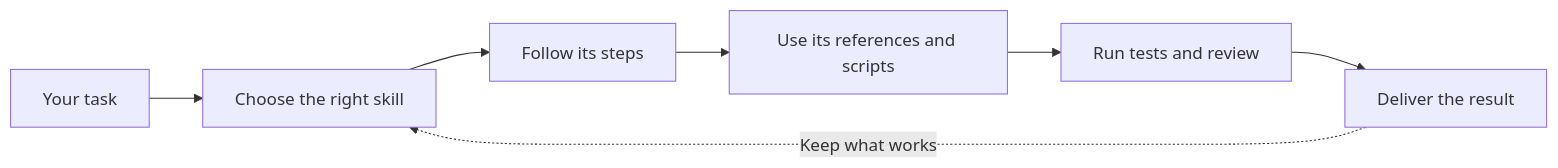
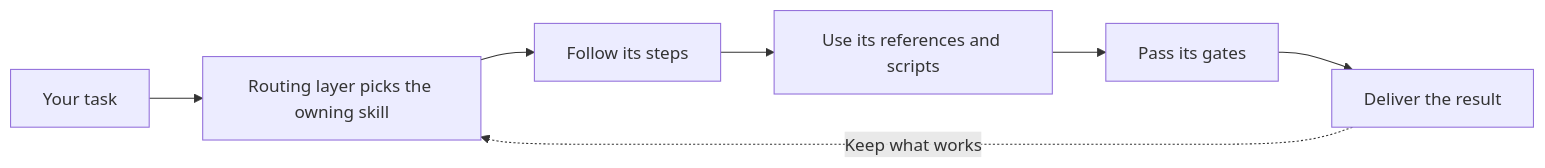
Before and after one commit to ccoalm/ccl-skills: the diagram in README.md, drawn with Mermaid. The commit also changed other lines of this file and 1 other file, not shown here.

````diff
--- a/README.md
+++ b/README.md
@@ -7,9 +15,9 @@
 ```mermaid
 flowchart LR
-    A[Your task] --> B[Choose the right skill]
+    A[Your task] --> B[Routing layer picks the owning skill]
     B --> C[Follow its steps]
     C --> D[Use its references and scripts]
-    D --> E[Run tests and review]
+    D --> E[Pass its gates]
     E --> F[Deliver the result]
     F -. Keep what works .-> B
 ```
````
